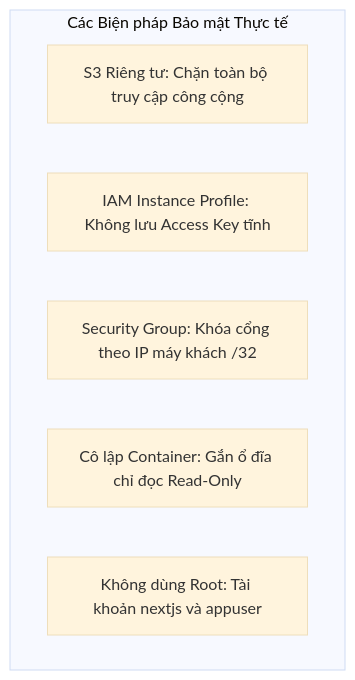
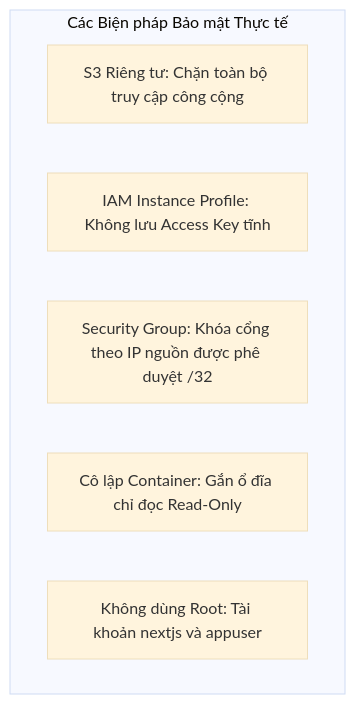
The diagram in content/5-Workshop/5.5-Quality-assurance/_index.vi.md (starkkk1/starkkk1.github.io), drawn with Mermaid (base theme) before and after one commit. The commit also changed 10 other files, not shown here.

Commit message:
fix(workshop): fix mermaid rendering on web and align end-to-end pipeline docs

````diff
--- a/content/5-Workshop/5.5-Quality-assurance/_index.vi.md
+++ b/content/5-Workshop/5.5-Quality-assurance/_index.vi.md
@@ -134,10 +134,10 @@
 ```mermaid
-flowchart TD
-    subgraph Security_Best_Practices ["Các Biện pháp Bảo mật Thực tế"]
+graph TD
+    subgraph Các Biện pháp Bảo mật Thực tế
         P1["S3 Riêng tư: Chặn toàn bộ truy cập công cộng"]
         P2["IAM Instance Profile: Không lưu Access Key tĩnh"]
-        P3["Security Group: Khóa cổng theo IP máy khách /32"]
+        P3["Security Group: Khóa cổng theo IP nguồn được phê duyệt /32"]
         P4["Cô lập Container: Gắn ổ đĩa chỉ đọc Read-Only"]
         P5["Không dùng Root: Tài khoản nextjs và appuser"]
     end
 ```
````
